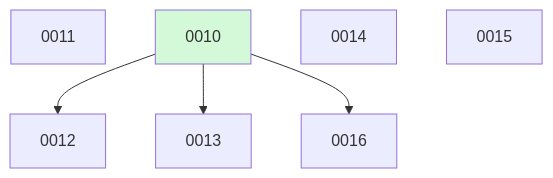
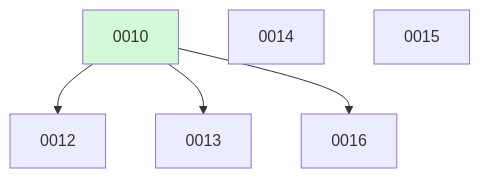
The diagram in docs/changes/BOARD.md (ethanhinson/llm-research-agent), drawn with Mermaid before and after one commit. The commit also changed other lines of this file, not shown here.

````diff
--- a/docs/changes/BOARD.md
+++ b/docs/changes/BOARD.md
@@ -21,11 +15,10 @@
 ```mermaid
 graph TD
-  0011
   0010 --> 0012
   0010 --> 0013
   0014
   0015
   0010 --> 0016
   0010:::done
   classDef done fill:#d3f9d8;
 ```
````
